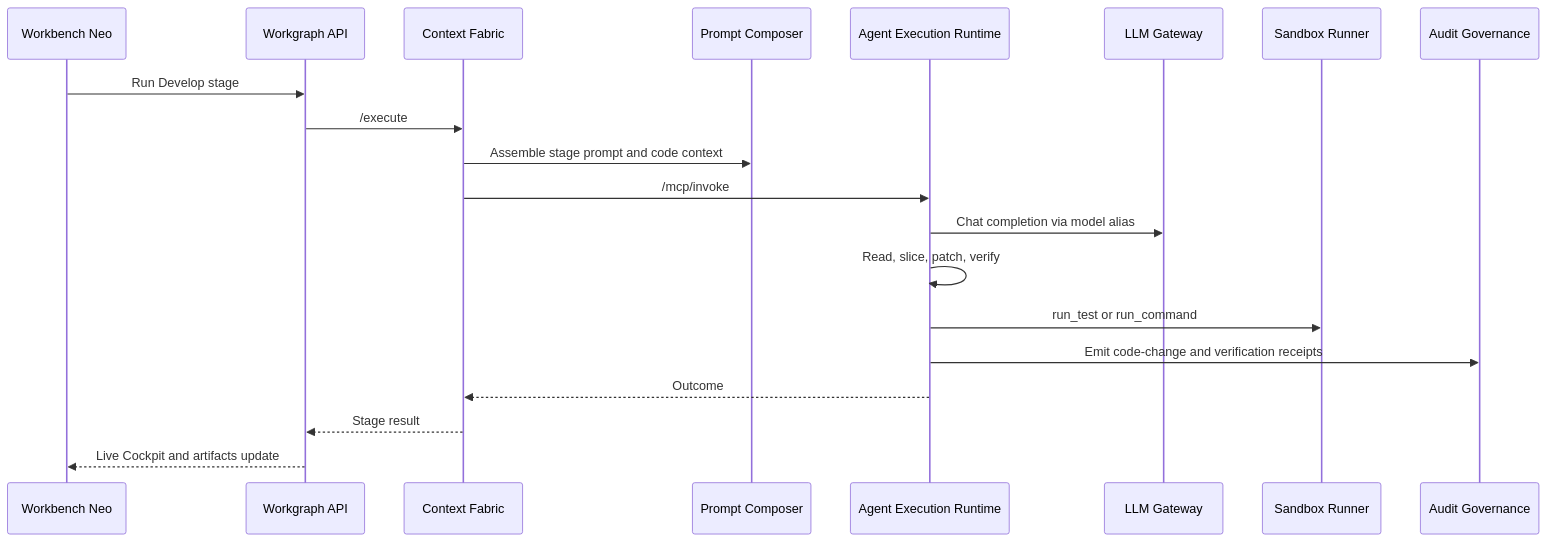
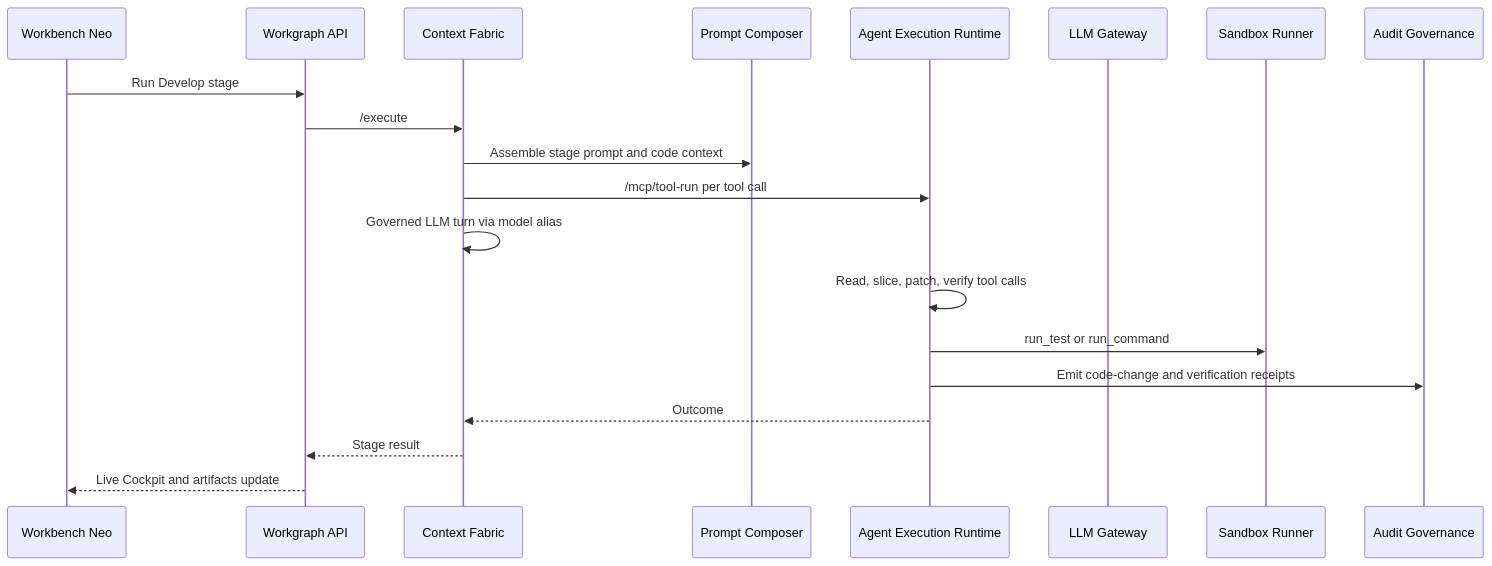
Before and after one commit to ashokraj2011/singularity-platform: the fourth of 5 diagrams in docs/platform-handbook.md, drawn with Mermaid. The commit also changed other lines of this file and 581 other files, not shown here.

````diff
--- a/docs/platform-handbook.md
+++ b/docs/platform-handbook.md
@@ -895,23 +972,23 @@
 ```mermaid
 sequenceDiagram
   participant WB as Workbench Neo
   participant WG as Workgraph API
   participant CF as Context Fabric
   participant PC as Prompt Composer
   participant AER as Agent Execution Runtime
   participant LLM as LLM Gateway
   participant R as Sandbox Runner
   participant AG as Audit Governance
 
   WB->>WG: Run Develop stage
   WG->>CF: /execute
   CF->>PC: Assemble stage prompt and code context
-  CF->>AER: /mcp/invoke
-  AER->>LLM: Chat completion via model alias
-  AER->>AER: Read, slice, patch, verify
+  CF->>AER: /mcp/tool-run per tool call
+  CF->>CF: Governed LLM turn via model alias
+  AER->>AER: Read, slice, patch, verify tool calls
   AER->>R: run_test or run_command
   AER->>AG: Emit code-change and verification receipts
   AER-->>CF: Outcome
   CF-->>WG: Stage result
   WG-->>WB: Live Cockpit and artifacts update
 ```
````
